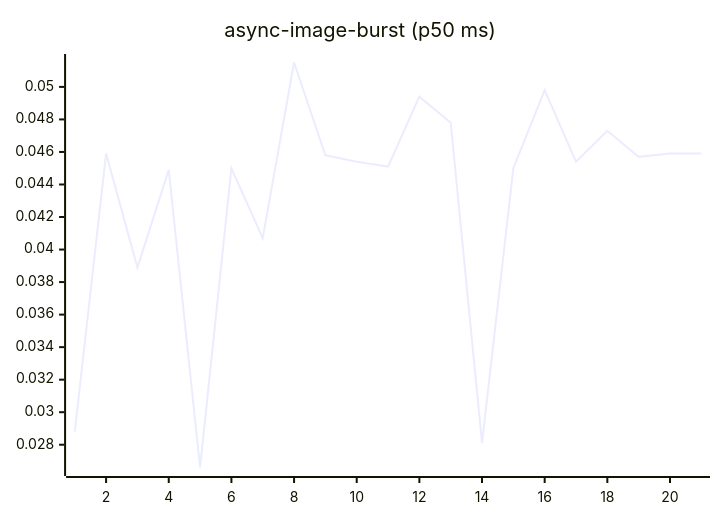
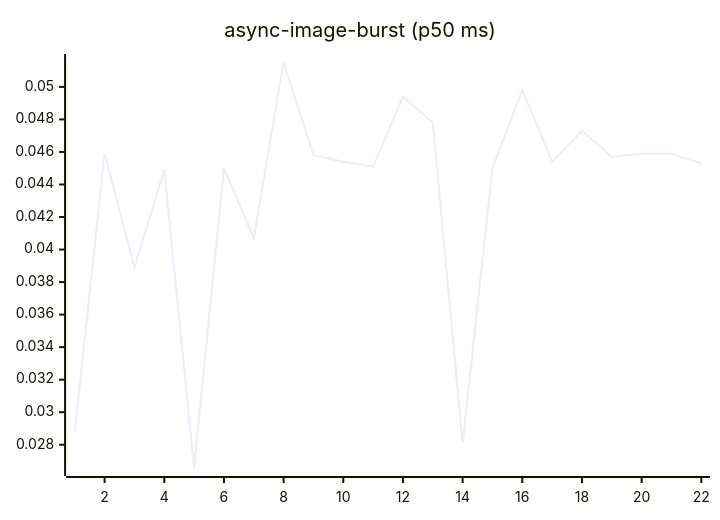
One commit to josha/Facet changed the fourth of 27 diagrams in README.md. Above: the diagram before and after it, drawn with Mermaid. The commit also changed other lines of this file and 2 other files, not shown here.

````diff
--- a/README.md
+++ b/README.md
@@ -84,6 +84,6 @@
 ```mermaid
 xychart-beta
     title "async-image-burst (p50 ms)"
-    x-axis 1 --> 21
-    line [0.0288, 0.0459, 0.0389, 0.0449, 0.0266, 0.0450, 0.0407, 0.0515, 0.0458, 0.0454, 0.0451, 0.0494, 0.0478, 0.0281, 0.0450, 0.0498, 0.0454, 0.0473, 0.0457, 0.0459, 0.0459]
+    x-axis 1 --> 22
+    line [0.0288, 0.0459, 0.0389, 0.0449, 0.0266, 0.0450, 0.0407, 0.0515, 0.0458, 0.0454, 0.0451, 0.0494, 0.0478, 0.0281, 0.0450, 0.0498, 0.0454, 0.0473, 0.0457, 0.0459, 0.0459, 0.0453]
 ```
````
